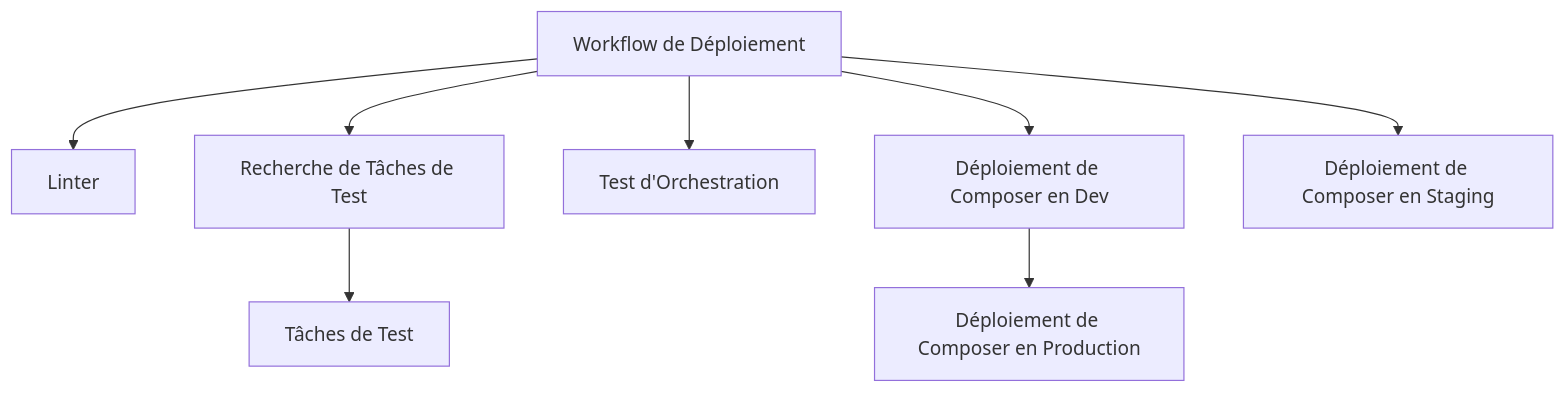
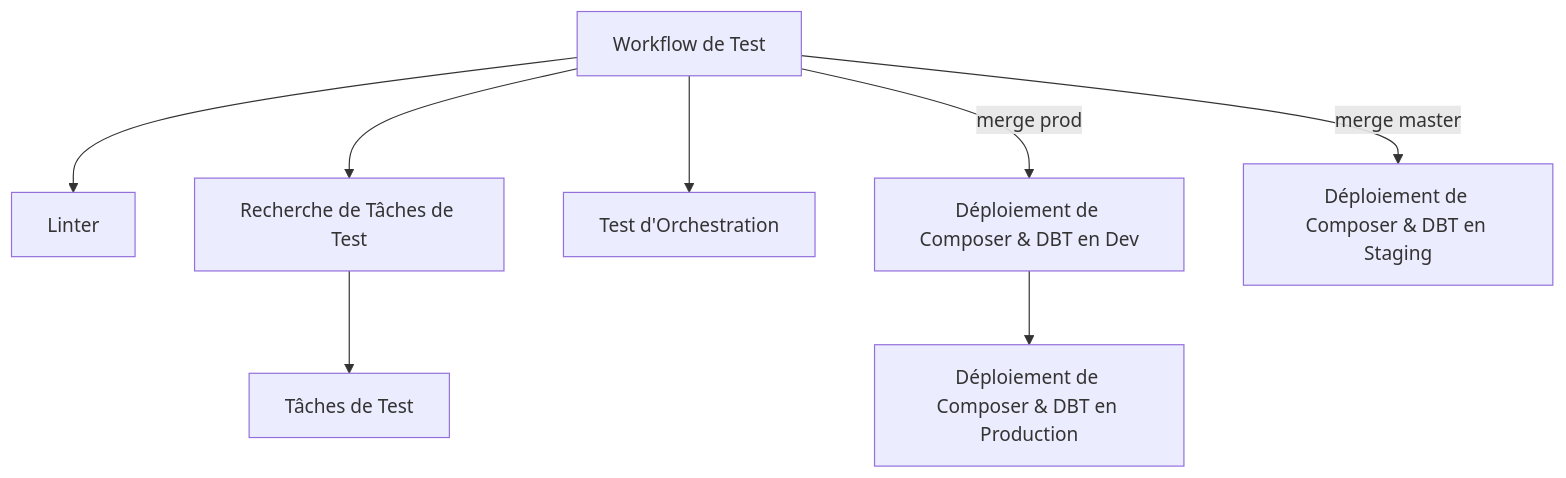
The second of 2 diagrams in README.md (pass-culture/data-gcp), drawn with Mermaid before and after one commit. The commit also changed other lines of this file, not shown here.

````diff
--- a/README.md
+++ b/README.md
@@ -210,10 +210,11 @@
 ```mermaid
 graph TD;
-    A[Workflow de Déploiement] --> B[Linter]
-    A[Workflow de Déploiement] --> C[Recherche de Tâches de Test]
-    C[Recherche de Tâches de Test] --> D[Tâches de Test]
-    A[Workflow de Déploiement] --> E[Test d'Orchestration]
-    A[Workflow de Déploiement] --> F[Déploiement de Composer en Dev]
-    F[Déploiement de Composer en Dev] --> G[Déploiement de Composer en Production]
-    A[Workflow de Déploiement] --> H[Déploiement de Composer en Staging]
+    A[Workflow de Test] --> B[Linter]
+    A --> C[Recherche de Tâches de Test]
+    C --> D[Tâches de Test]
+    A --> E[Test d'Orchestration]
+    A -->|merge prod| F[Déploiement de Composer & DBT en Dev]
+    F --> G[Déploiement de Composer & DBT en Production]
+    A -->|merge master| H[Déploiement de Composer & DBT en Staging]
+
 ```
````
